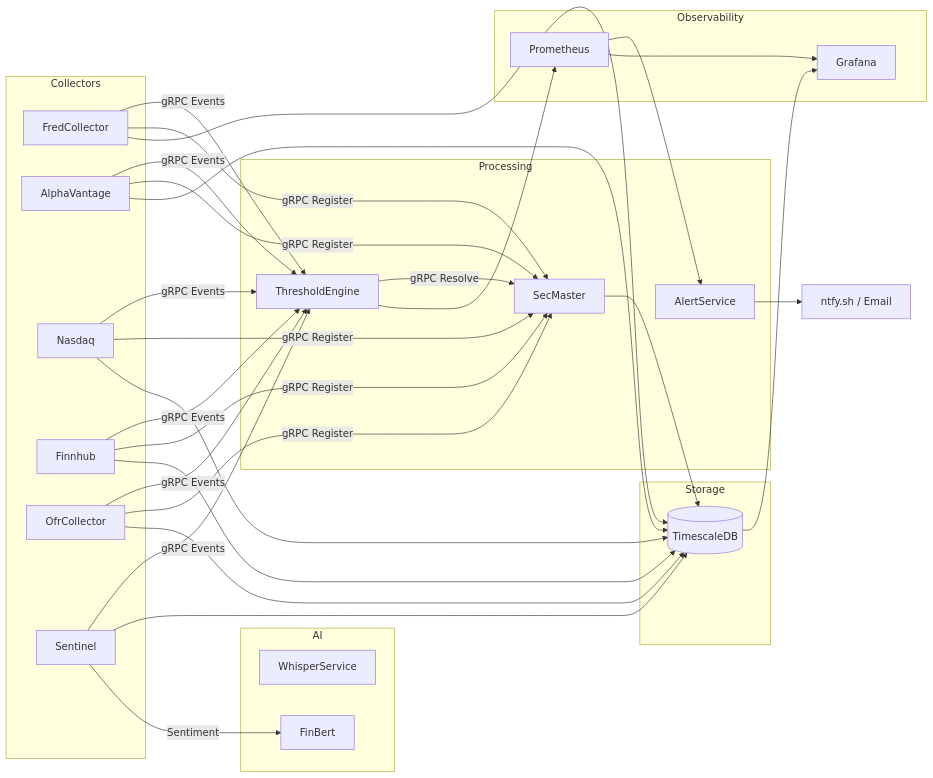
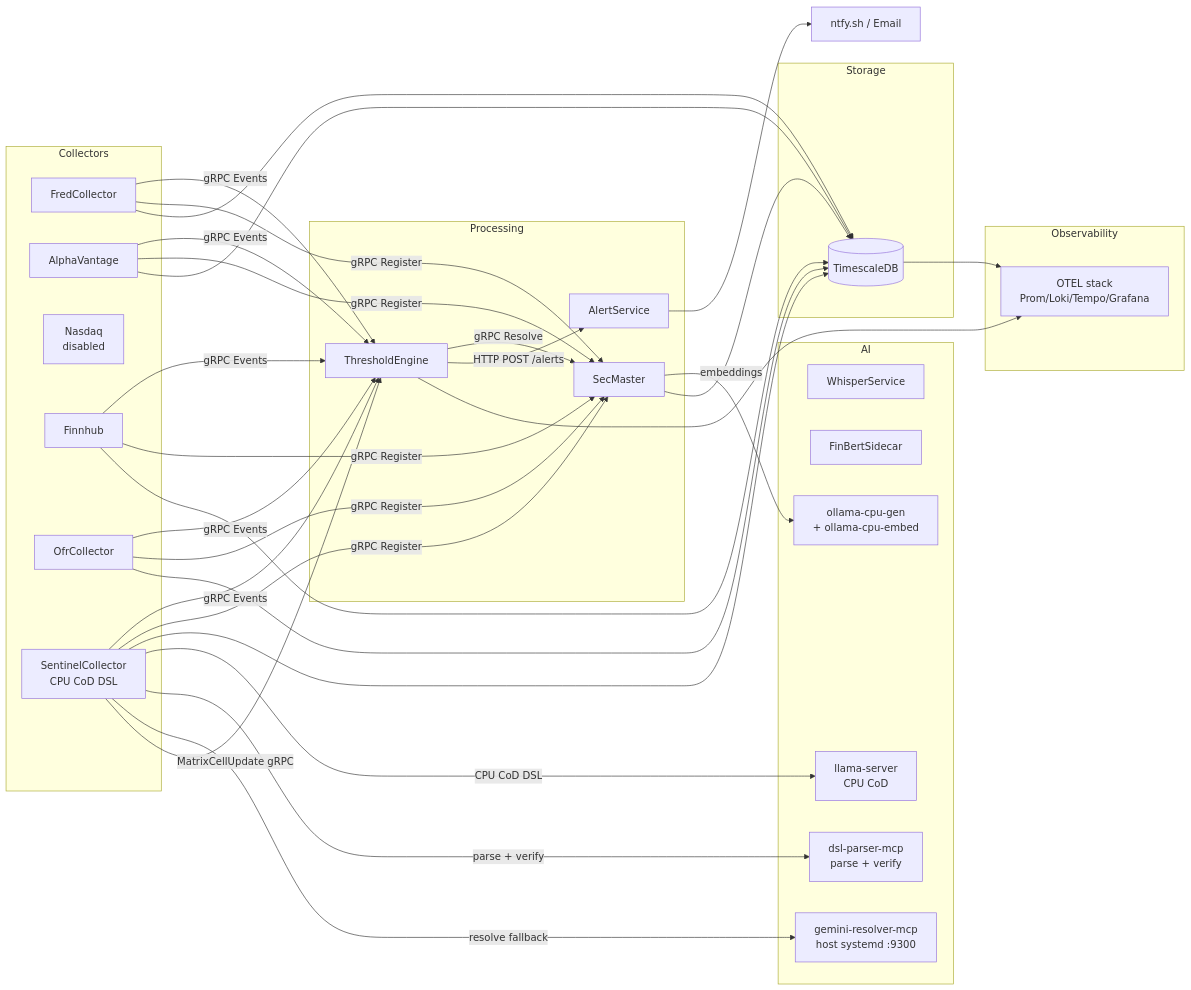
One commit to jpansarasa/ATLAS-Docs changed the diagram in docs/EXECUTIVE-SUMMARY.md. Above: the diagram before and after it, drawn with Mermaid. The commit also changed other lines of this file and 20 other files, not shown here.

````diff
--- a/docs/EXECUTIVE-SUMMARY.md
+++ b/docs/EXECUTIVE-SUMMARY.md
@@ -12,42 +12,48 @@
 ```mermaid
 flowchart LR
     subgraph Collectors
         FC[FredCollector]
         AV[AlphaVantage]
-        NC[Nasdaq]
+        NC[Nasdaq<br/>disabled]
         FH[Finnhub]
         OFR[OfrCollector]
-        SC[Sentinel]
+        SC[SentinelCollector<br/>CPU CoD DSL]
     end
 
     subgraph Processing
         SM[SecMaster]
         TE[ThresholdEngine]
         AS[AlertService]
     end
 
     subgraph AI
         WS[WhisperService]
-        FB[FinBert]
+        FB[FinBertSidecar]
+        LS[llama-server<br/>CPU CoD]
+        DSL[dsl-parser-mcp<br/>parse + verify]
+        OL[ollama-cpu-gen<br/>+ ollama-cpu-embed]
+        GR[gemini-resolver-mcp<br/>host systemd :9300]
     end
 
     subgraph Storage
         DB[(TimescaleDB)]
     end
 
     subgraph Observability
-        P[Prometheus]
-        G[Grafana]
+        OTEL[OTEL stack<br/>Prom/Loki/Tempo/Grafana]
     end
 
-    FC & AV & NC & FH & OFR & SC -->|gRPC Events| TE
-    FC & AV & NC & FH & OFR -->|gRPC Register| SM
-    FC & AV & NC & FH & OFR & SC --> DB
+    FC & AV & FH & OFR & SC -->|gRPC Events| TE
+    FC & AV & FH & OFR & SC -->|gRPC Register| SM
+    FC & AV & FH & OFR & SC --> DB
+    SC -->|CPU CoD DSL| LS
+    SC -->|parse + verify| DSL
+    SC -->|resolve fallback| GR
     TE -->|gRPC Resolve| SM
-    SC -->|Sentiment| FB
-    TE --> P
-    P --> AS
+    SM -->|embeddings| OL
+    TE -->|HTTP POST /alerts| AS
     AS --> N[ntfy.sh / Email]
-    DB & P --> G
+    SC -->|MatrixCellUpdate gRPC| TE
+    DB & TE --> OTEL
     SM --> DB
 ```
````
